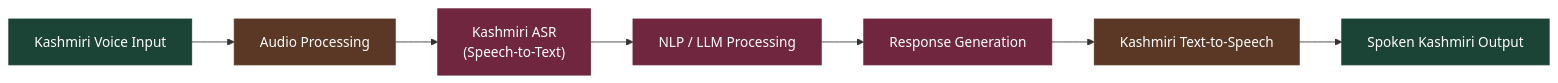
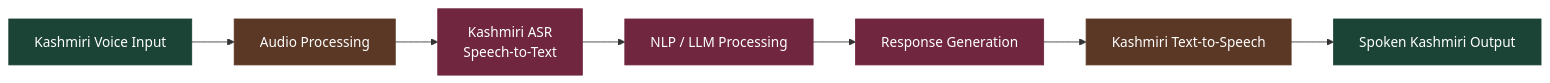
The diagram in README.md (AseefBandey/kashmiri-voice-assistant), drawn with Mermaid before and after one commit. The commit also changed other lines of this file, not shown here.

````diff
--- a/README.md
+++ b/README.md
@@ -19,17 +25,17 @@
 ```mermaid
 flowchart LR
     A["Kashmiri Voice Input"] --> B["Audio Processing"]
-    B --> C["Kashmiri ASR<br/>(Speech-to-Text)"]
+    B --> C["Kashmiri ASR<br/>Speech-to-Text"]
     C --> D["NLP / LLM Processing"]
     D --> E["Response Generation"]
     E --> F["Kashmiri Text-to-Speech"]
     F --> G["Spoken Kashmiri Output"]
 
     classDef green fill:#1c4436,stroke:#1c4436,color:#fff;
     classDef brown fill:#5a3825,stroke:#5a3825,color:#fff;
     classDef maroon fill:#6f263e,stroke:#6f263e,color:#fff;
 
     class A,G green;
     class B,F brown;
     class C,D,E maroon;
 ```
````
